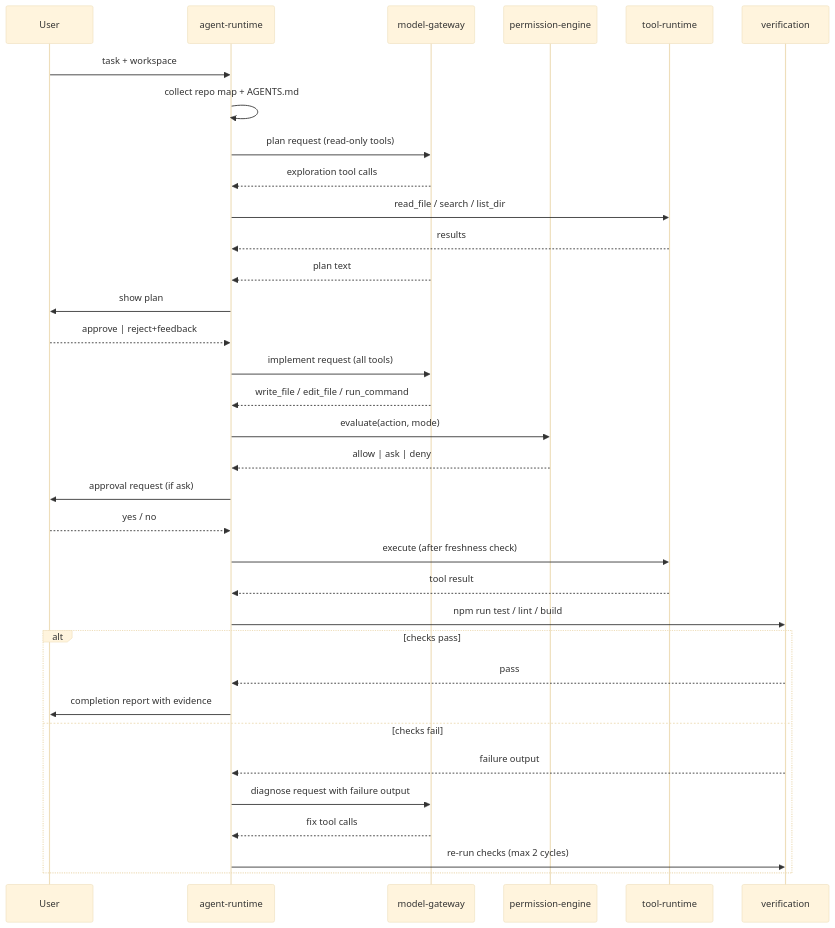
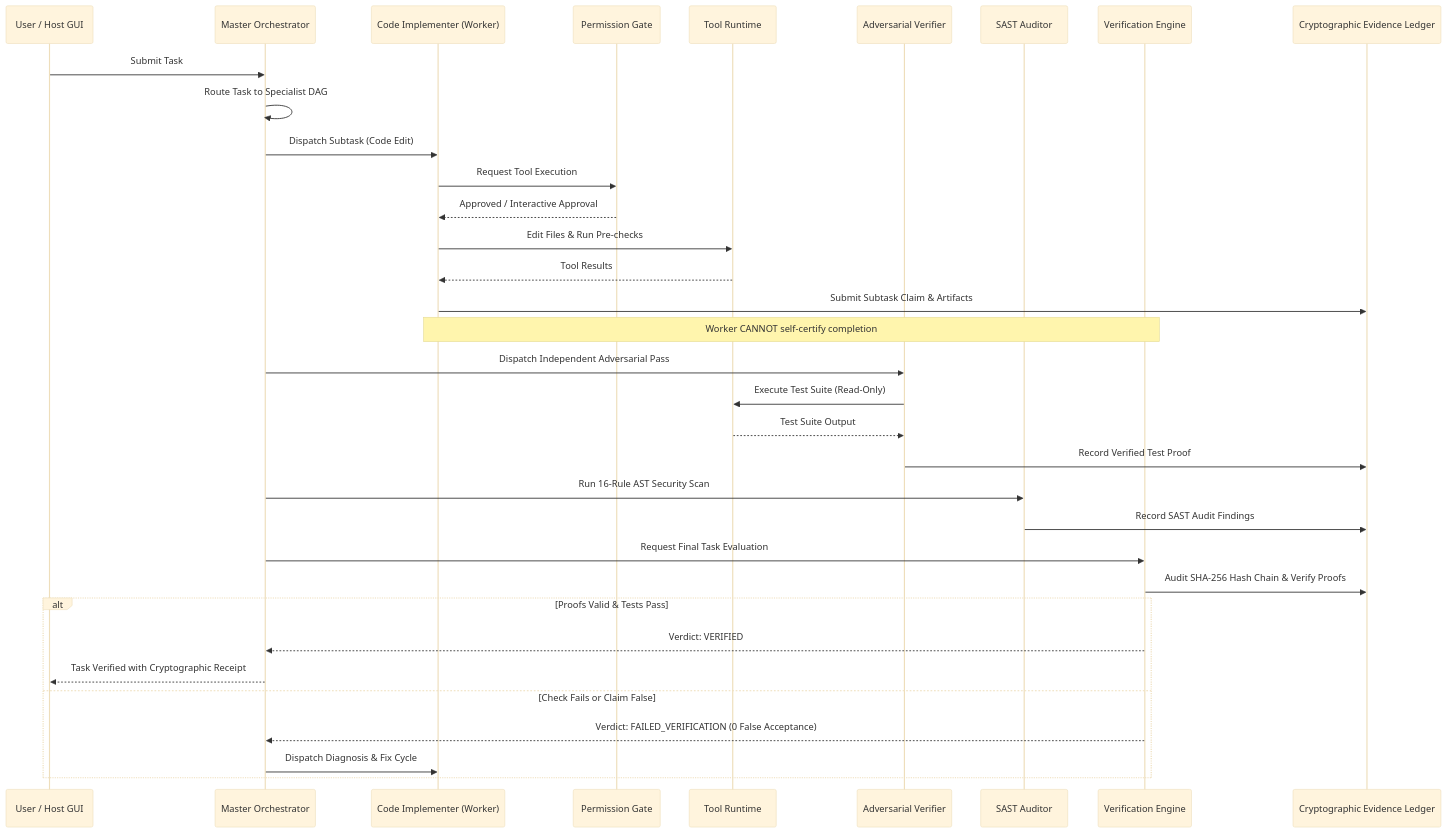
One commit to SairajMN/TERMINUS changed the third of 6 diagrams in README.md. Above: the diagram before and after it, drawn with Mermaid (base theme). The commit also changed other lines of this file and 100 other files, not shown here.

Commit message:
feat: extensible workspace GUI, runtime bridge, MCP client, and verified multi-agent orchestration

````diff
--- a/README.md
+++ b/README.md
@@ -108,37 +167,37 @@
 ```mermaid
 sequenceDiagram
-    participant U as User
-    participant R as agent-runtime
-    participant G as model-gateway
-    participant P as permission-engine
-    participant T as tool-runtime
-    participant V as verification
+    participant User as User / Host GUI
+    participant Orch as Master Orchestrator
+    participant Implementer as Code Implementer (Worker)
+    participant Perm as Permission Gate
+    participant Tools as Tool Runtime
+    participant Verifier as Adversarial Verifier
+    participant SAST as SAST Auditor
+    participant Engine as Verification Engine
+    participant Ledger as Cryptographic Evidence Ledger
 
-    U->>R: task + workspace
-    R->>R: collect repo map + AGENTS.md
-    R->>G: plan request (read-only tools)
-    G-->>R: exploration tool calls
-    R->>T: read_file / search / list_dir
-    T-->>R: results
-    G-->>R: plan text
-    R->>U: show plan
-    U-->>R: approve | reject+feedback
-    R->>G: implement request (all tools)
-    G-->>R: write_file / edit_file / run_command
-    R->>P: evaluate(action, mode)
-    P-->>R: allow | ask | deny
-    R->>U: approval request (if ask)
-    U-->>R: yes / no
-    R->>T: execute (after freshness check)
-    T-->>R: tool result
-    R->>V: npm run test / lint / build
-    alt checks pass
-        V-->>R: pass
-        R->>U: completion report with evidence
-    else checks fail
-        V-->>R: failure output
-        R->>G: diagnose request with failure output
-        G-->>R: fix tool calls
-        R->>V: re-run checks (max 2 cycles)
+    User->>Orch: Submit Task
+    Orch->>Orch: Route Task to Specialist DAG
+    Orch->>Implementer: Dispatch Subtask (Code Edit)
+    Implementer->>Perm: Request Tool Execution
+    Perm-->>Implementer: Approved / Interactive Approval
+    Implementer->>Tools: Edit Files & Run Pre-checks
+    Tools-->>Implementer: Tool Results
+    Implementer->>Ledger: Submit Subtask Claim & Artifacts
+    Note over Implementer,Engine: Worker CANNOT self-certify completion
+    Orch->>Verifier: Dispatch Independent Adversarial Pass
+    Verifier->>Tools: Execute Test Suite (Read-Only)
+    Tools-->>Verifier: Test Suite Output
+    Verifier->>Ledger: Record Verified Test Proof
+    Orch->>SAST: Run 16-Rule AST Security Scan
+    SAST->>Ledger: Record SAST Audit Findings
+    Orch->>Engine: Request Final Task Evaluation
+    Engine->>Ledger: Audit SHA-256 Hash Chain & Verify Proofs
+    alt Proofs Valid & Tests Pass
+        Engine-->>Orch: Verdict: VERIFIED
+        Orch-->>User: Task Verified with Cryptographic Receipt
+    else Check Fails or Claim False
+        Engine-->>Orch: Verdict: FAILED_VERIFICATION (0 False Acceptance)
+        Orch->>Implementer: Dispatch Diagnosis & Fix Cycle
     end
 ```
````
